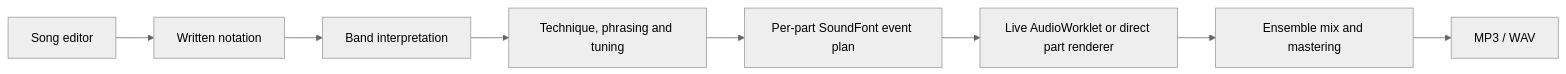
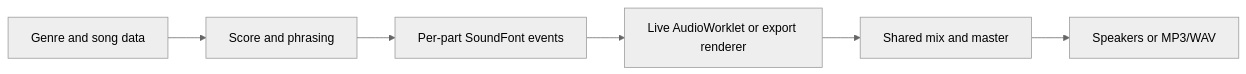
The diagram in docs/engine-pipeline.md (mixgenres/mixgenres.github.io), drawn with Mermaid (neutral theme) before and after one commit. The commit also changed other lines of this file and 194 other files, not shown here.

````diff
--- a/docs/engine-pipeline.md
+++ b/docs/engine-pipeline.md
@@ -5,10 +5,8 @@
 ```mermaid
 flowchart LR
-  UI[Song editor] --> N[Written notation]
-  N --> B[Band interpretation]
-  B --> P[Technique, phrasing and tuning]
-  P --> E[Per-part SoundFont event plan]
-  E --> W[Live AudioWorklet or direct part renderer]
-  W --> M[Ensemble mix and mastering]
-  M --> A[MP3 / WAV]
+  D[Genre and song data] --> S[Score and phrasing]
+  S --> E[Per-part SoundFont events]
+  E --> P[Live AudioWorklet or export renderer]
+  P --> M[Shared mix and master]
+  M --> F[Speakers or MP3/WAV]
 ```
````
